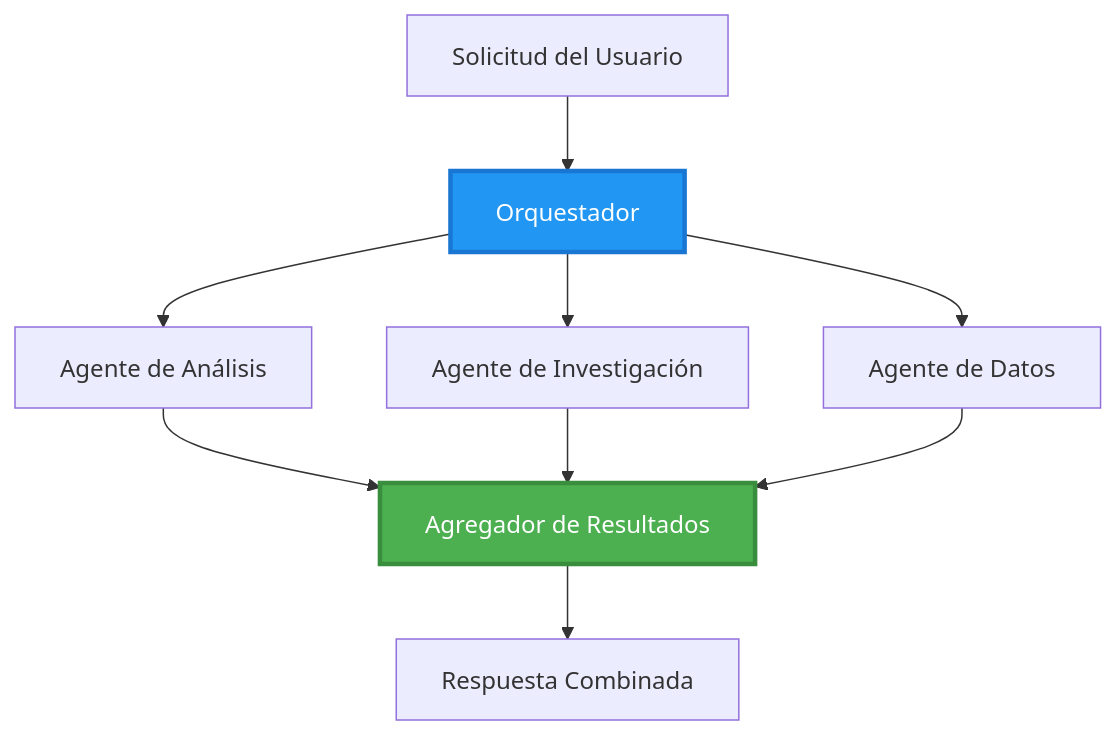
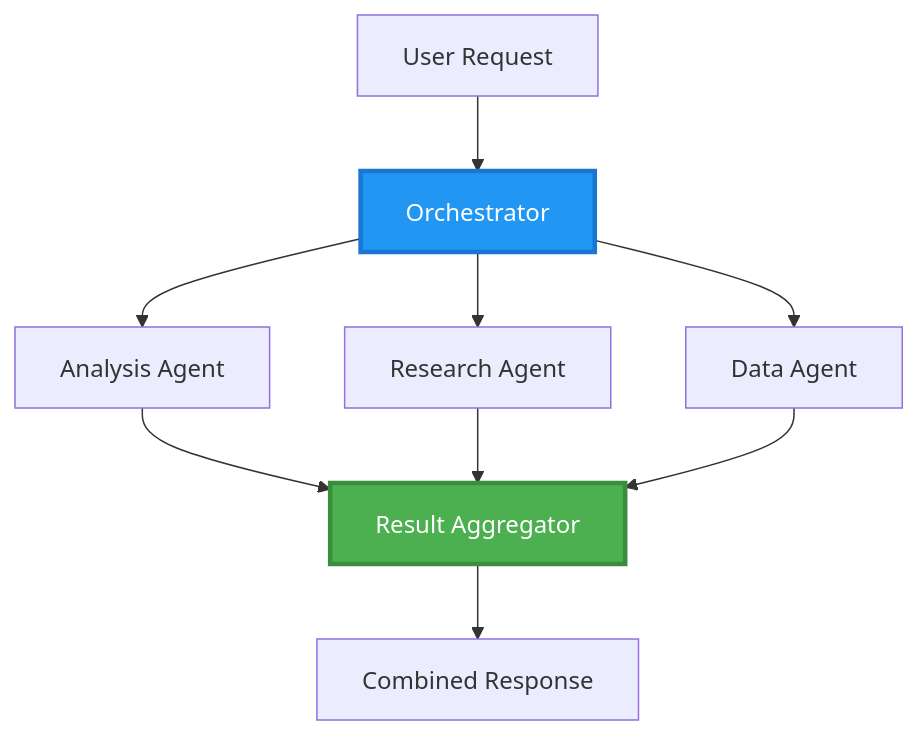
The third of 7 diagrams in translations/es/docs/chapter-06-pre-deployment/coordination-patterns.md (microsoft/AZD-for-beginners), drawn with Mermaid before and after one commit. The commit also changed other lines of this file and 156 other files, not shown here.

````diff
--- a/translations/es/docs/chapter-06-pre-deployment/coordination-patterns.md
+++ b/translations/es/docs/chapter-06-pre-deployment/coordination-patterns.md
@@ -100,22 +102,22 @@
 ```mermaid
 graph TB
-    User[Solicitud del Usuario]
-    Orchestrator[Orquestador]
-    Agent1[Agente de Análisis]
-    Agent2[Agente de Investigación]
-    Agent3[Agente de Datos]
-    Aggregator[Agregador de Resultados]
-    Response[Respuesta Combinada]
+    User[User Request]
+    Orchestrator[Orchestrator]
+    Agent1[Analysis Agent]
+    Agent2[Research Agent]
+    Agent3[Data Agent]
+    Aggregator[Result Aggregator]
+    Response[Combined Response]
     
     User --> Orchestrator
     Orchestrator --> Agent1
     Orchestrator --> Agent2
     Orchestrator --> Agent3
     Agent1 --> Aggregator
     Agent2 --> Aggregator
     Agent3 --> Aggregator
     Aggregator --> Response
     
     style Orchestrator fill:#2196F3,stroke:#1976D2,stroke-width:3px,color:#fff
     style Aggregator fill:#4CAF50,stroke:#388E3C,stroke-width:3px,color:#fff
 ```
````
